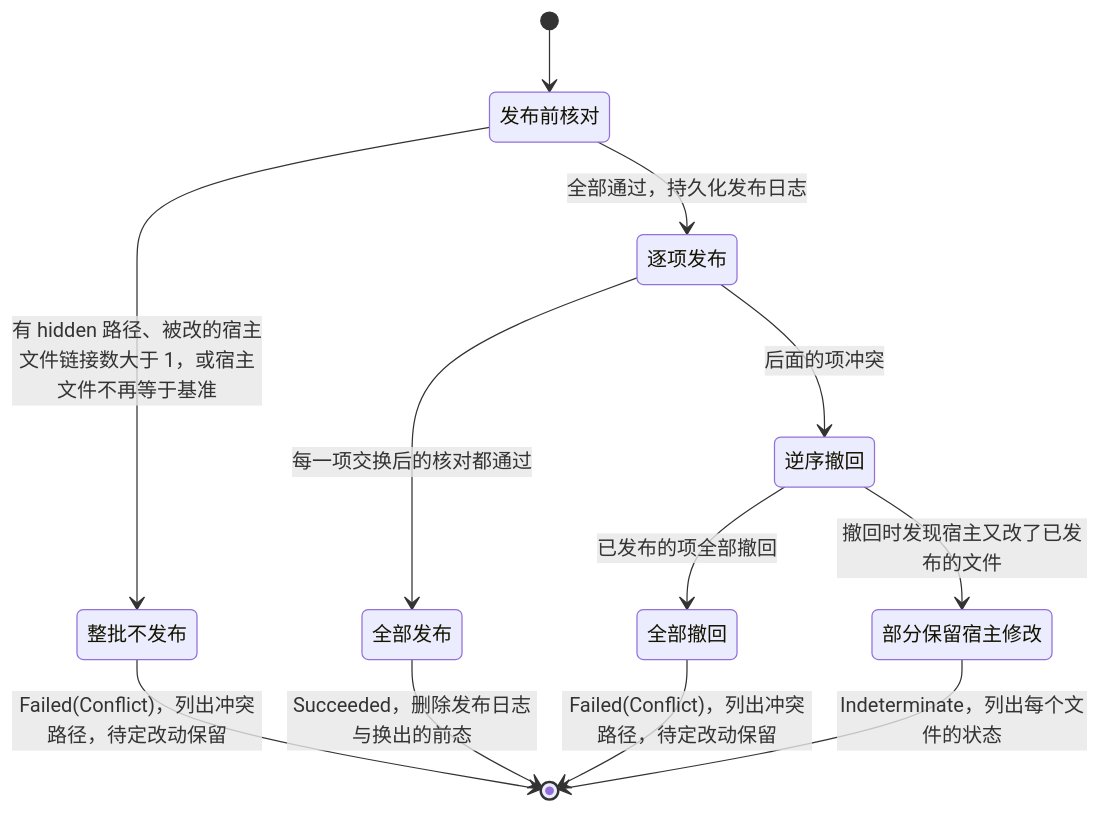
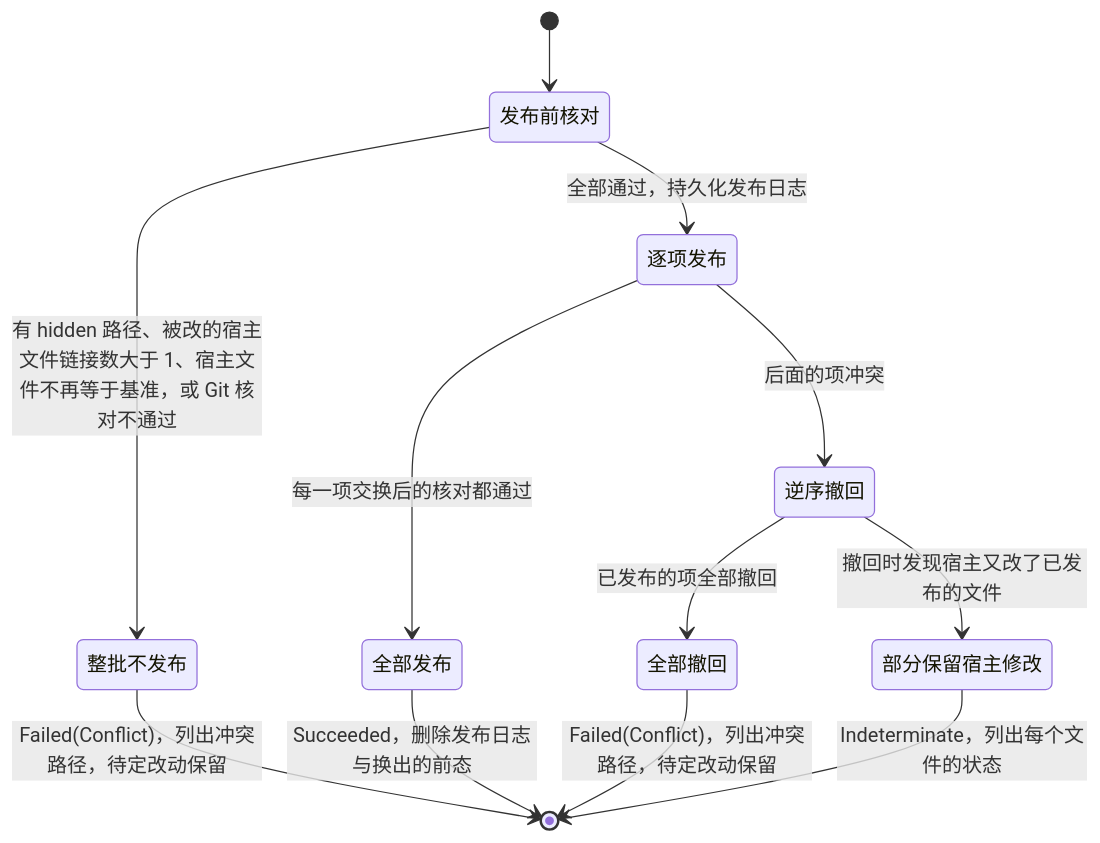
One commit to Skyline10124/lancet changed the second of 2 diagrams in docs/architecture/lancet-node/shadow-workspace.md. Above: the diagram before and after it, drawn with Mermaid. The commit also changed other lines of this file and 4 other files, not shown here.

First line of the commit message:
docs(architecture): 修正评审指出的四处不一致

````diff
--- a/docs/architecture/lancet-node/shadow-workspace.md
+++ b/docs/architecture/lancet-node/shadow-workspace.md
@@ -88,14 +88,14 @@
 ```mermaid
 stateDiagram-v2
     [*] --> 发布前核对
-    发布前核对 --> 整批不发布: 有 hidden 路径、被改的宿主文件链接数大于 1，或宿主文件不再等于基准
+    发布前核对 --> 整批不发布: 有 hidden 路径、被改的宿主文件链接数大于 1、宿主文件不再等于基准，或 Git 核对不通过
     发布前核对 --> 逐项发布: 全部通过，持久化发布日志
     逐项发布 --> 全部发布: 每一项交换后的核对都通过
     逐项发布 --> 逆序撤回: 后面的项冲突
     逆序撤回 --> 全部撤回: 已发布的项全部撤回
     逆序撤回 --> 部分保留宿主修改: 撤回时发现宿主又改了已发布的文件
     全部发布 --> [*]: Succeeded，删除发布日志与换出的前态
     整批不发布 --> [*]: Failed(Conflict)，列出冲突路径，待定改动保留
     全部撤回 --> [*]: Failed(Conflict)，列出冲突路径，待定改动保留
     部分保留宿主修改 --> [*]: Indeterminate，列出每个文件的状态
 ```
````
